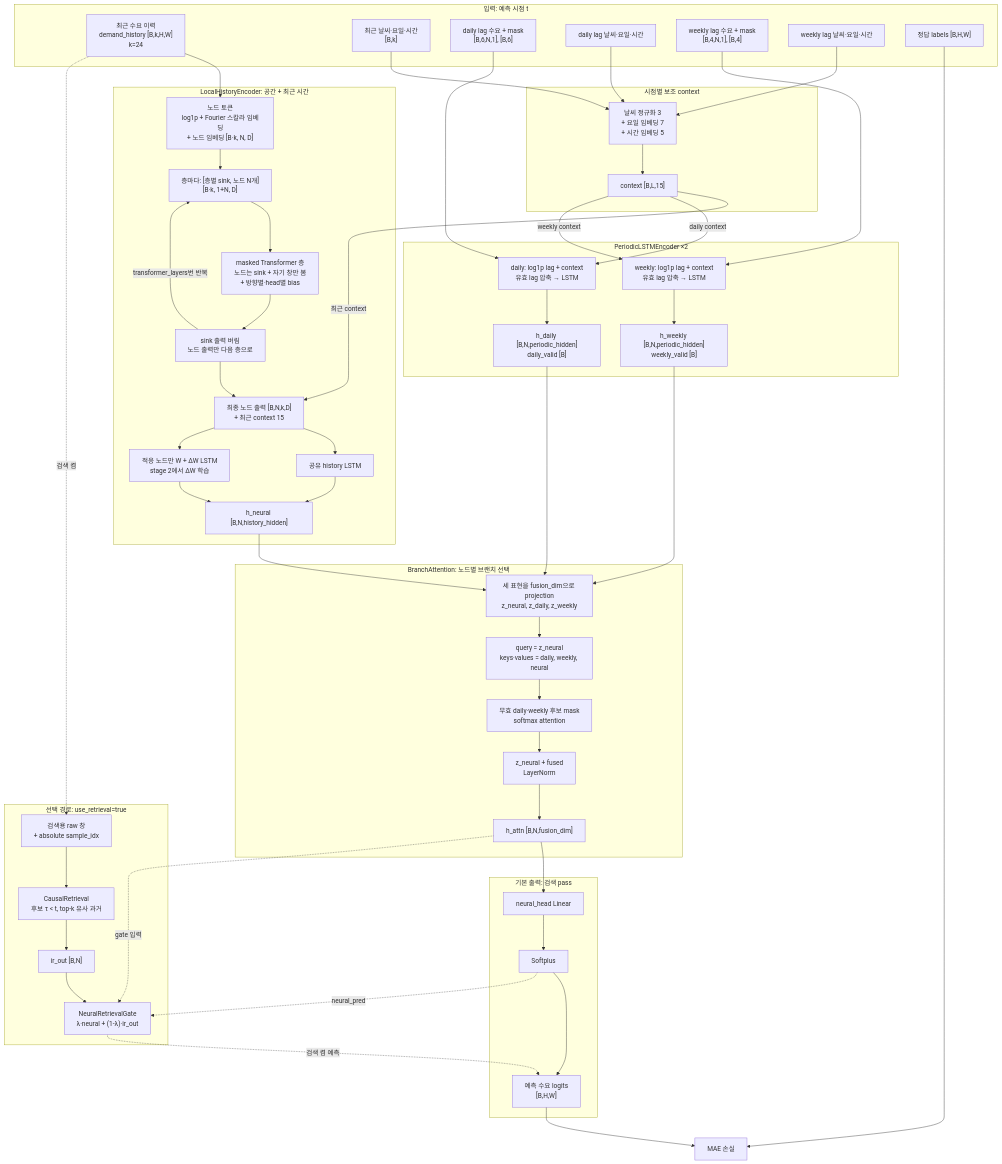
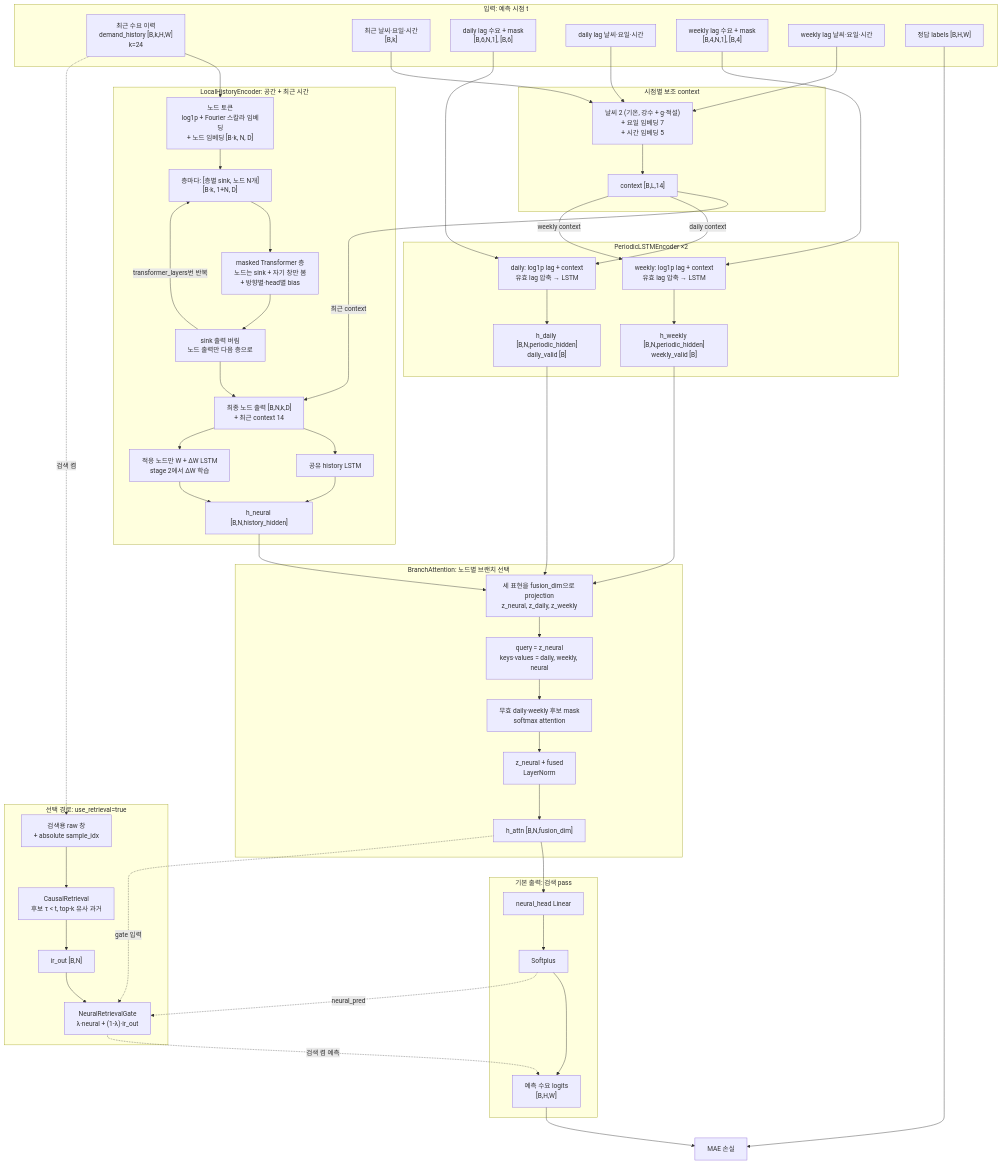
The diagram in docs/SPEC.md (dev-jake-kim/demandprediction), drawn with Mermaid before and after one commit. The commit also changed other lines of this file and 6 other files, not shown here.

```diff
--- a/docs/SPEC.md
+++ b/docs/SPEC.md
@@ -40,8 +40,8 @@
     end
 
     subgraph CE["시점별 보조 context"]
-        C1["날씨 정규화 3<br/>+ 요일 임베딩 7<br/>+ 시간 임베딩 5"]
-        C2["context [B,L,15]"]
+        C1["날씨 2 (기온, 강수 + g·적설)<br/>+ 요일 임베딩 7<br/>+ 시간 임베딩 5"]
+        C2["context [B,L,14]"]
         C1 --> C2
     end
 
@@ -54,7 +54,7 @@
         L2["층마다: [층별 sink, 노드 N개]<br/>[B·k, 1+N, D]"]
         L3["masked Transformer 층<br/>노드는 sink + 자기 창만 봄<br/>+ 방향별·head별 bias"]
         L4["sink 출력 버림<br/>노드 출력만 다음 층으로"]
-        L5["최종 노드 출력 [B,N,k,D]<br/>+ 최근 context 15"]
+        L5["최종 노드 출력 [B,N,k,D]<br/>+ 최근 context 14"]
         L6["공유 history LSTM"]
         L7["적응 노드만 W + ΔW LSTM<br/>stage 2에서 ΔW 학습"]
         HN["h_neural [B,N,history_hidden]"]
```
